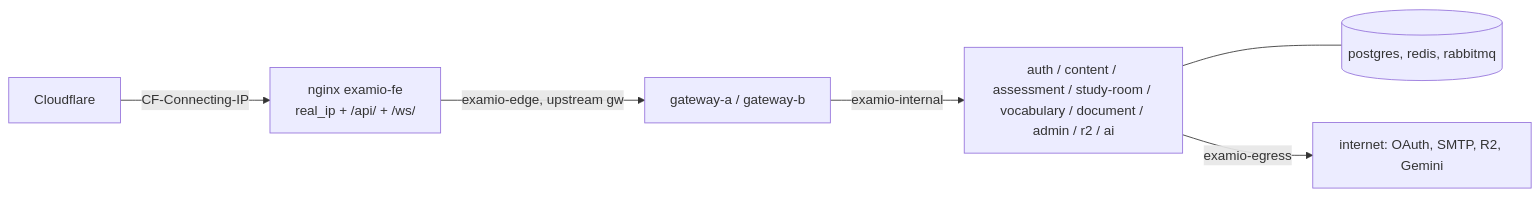
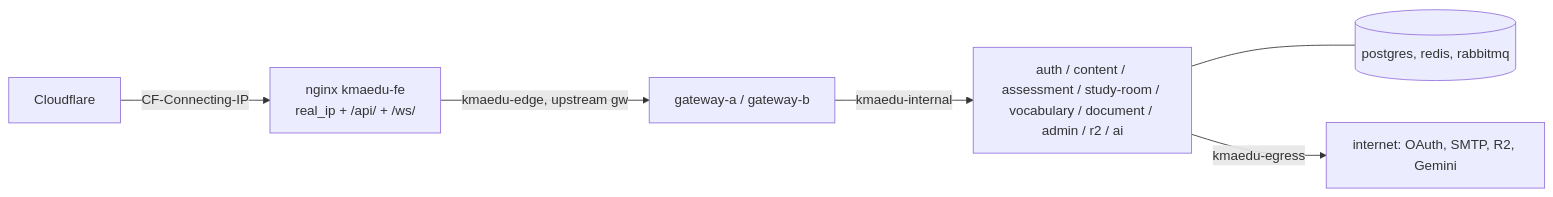
The ninth of 9 diagrams in docs/system/architecture.md (tgiap04/examio), drawn with Mermaid before and after one commit. The commit also changed other lines of this file and 3042 other files, not shown here.

First line of the commit message:
chore!: rename examio to kmaedu across the repository

````diff
--- a/docs/system/architecture.md
+++ b/docs/system/architecture.md
@@ -585,8 +585,8 @@
 ```mermaid
 graph LR
-    CF[Cloudflare] -->|CF-Connecting-IP| NGX[nginx examio-fe<br/>real_ip + /api/ + /ws/]
-    NGX -->|examio-edge, upstream gw| GW[gateway-a / gateway-b]
-    GW -->|examio-internal| SVC[auth / content / assessment / study-room / vocabulary / document / admin / r2 / ai]
+    CF[Cloudflare] -->|CF-Connecting-IP| NGX[nginx kmaedu-fe<br/>real_ip + /api/ + /ws/]
+    NGX -->|kmaedu-edge, upstream gw| GW[gateway-a / gateway-b]
+    GW -->|kmaedu-internal| SVC[auth / content / assessment / study-room / vocabulary / document / admin / r2 / ai]
     SVC --- DATA[(postgres, redis, rabbitmq)]
-    SVC -->|examio-egress| NET[internet: OAuth, SMTP, R2, Gemini]
+    SVC -->|kmaedu-egress| NET[internet: OAuth, SMTP, R2, Gemini]
 ```
````
